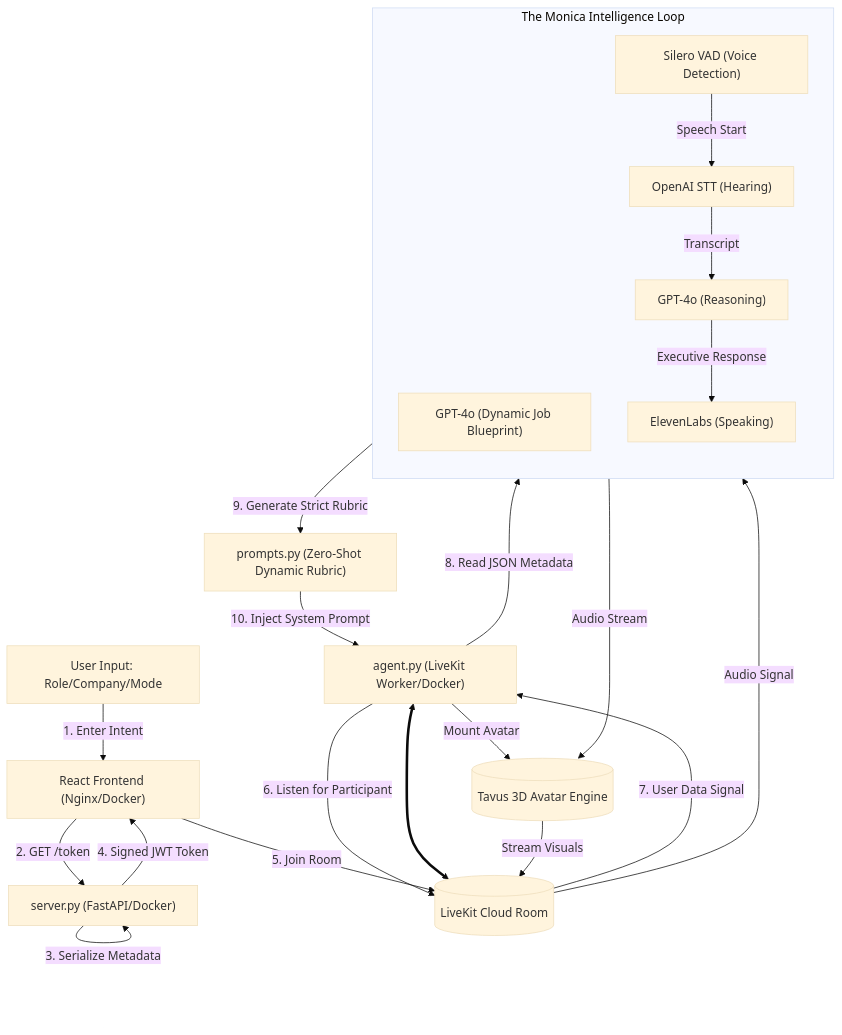
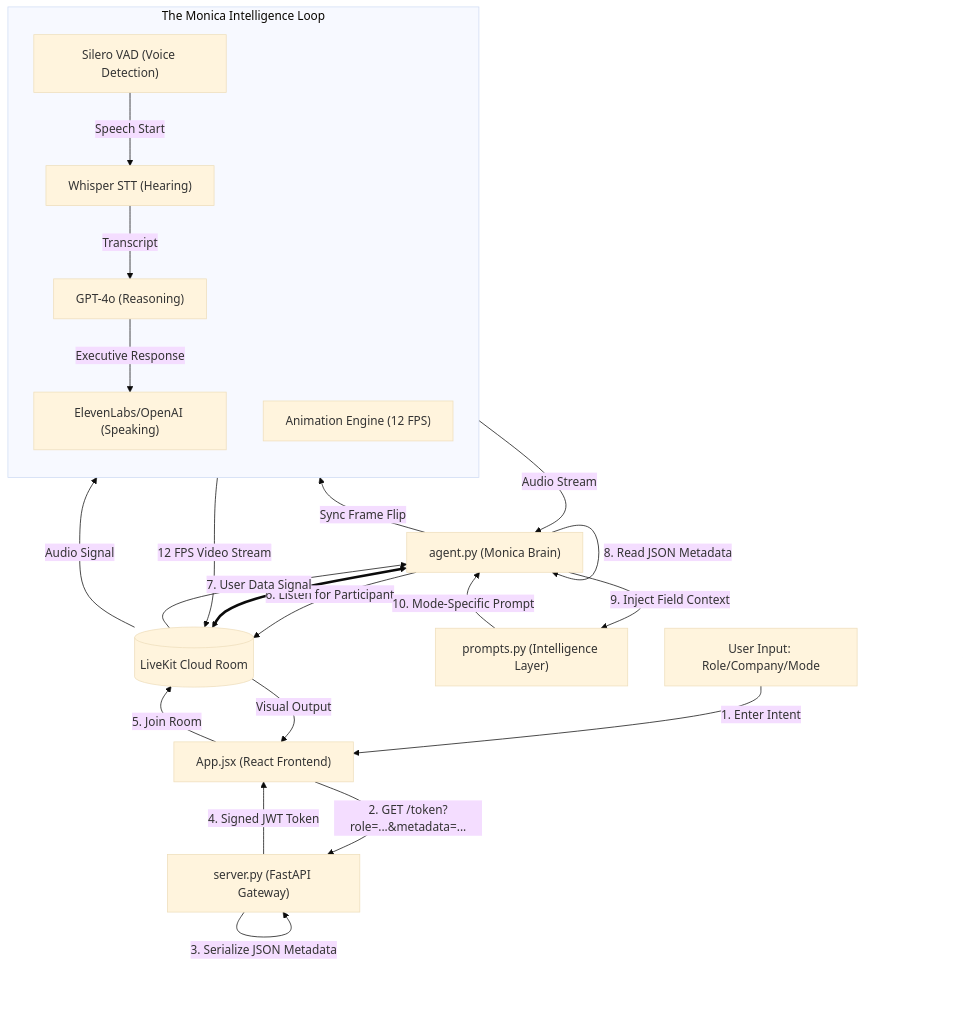
Before and after one commit to Stephen-Agyemang/MoNiCa.Ai: the diagram in ARCHITECTURE.md, drawn with Mermaid (base theme). The commit also changed other lines of this file and 7 other files, not shown here.

Commit message:
polish: premium dark-mode Report screen, InductionOverlay animations, updated docs + blueprint sync

````diff
--- a/ARCHITECTURE.md
+++ b/ARCHITECTURE.md
@@ -7,45 +7,45 @@
 ```mermaid
 flowchart TD
     %% Node Definitions
     UserInput["User Input: Role/Company/Mode"]
-    AppJSX["React Frontend (Nginx/Docker)"]
-    ServerPY["server.py (FastAPI/Docker)"]
-    AgentPY["agent.py (LiveKit Worker/Docker)"]
-    PromptsPY["prompts.py (Zero-Shot Dynamic Rubric)"]
+    AppJSX["App.jsx (React Frontend)"]
+    ServerPY["server.py (FastAPI Gateway)"]
+    AgentPY["agent.py (Monica Brain)"]
+    PromptsPY["prompts.py (Intelligence Layer)"]
     LKCloud[("LiveKit Cloud Room")]
-    TavusCloud[("Tavus 3D Avatar Engine")]
     
     %% Brain Components (Sub-processes)
     subgraph MonicaBrain [The Monica Intelligence Loop]
         direction TB
-        Blueprint["GPT-4o (Dynamic Job Blueprint)"]
         VAD["Silero VAD (Voice Detection)"]
-        STT["OpenAI STT (Hearing)"]
+        STT["Whisper STT (Hearing)"]
         LLM["GPT-4o (Reasoning)"]
-        TTS["ElevenLabs (Speaking)"]
+        TTS["ElevenLabs/OpenAI (Speaking)"]
+        Anim["Animation Engine (12 FPS)"]
     end
 
     %% Connection Logic (Arrows & Labels)
     UserInput -- "1. Enter Intent" --> AppJSX
-    AppJSX -- "2. GET /token" --> ServerPY
-    ServerPY -- "3. Serialize Metadata" --> ServerPY
+    AppJSX -- "2. GET /token?role=...&metadata=..." --> ServerPY
+    ServerPY -- "3. Serialize JSON Metadata" --> ServerPY
     ServerPY -- "4. Signed JWT Token" --> AppJSX
     AppJSX -- "5. Join Room" --> LKCloud
     AgentPY -- "6. Listen for Participant" --> LKCloud
     
     %% The Secret Sauce (Metadata Pipe)
     LKCloud -- "7. User Data Signal" --> AgentPY
-    AgentPY -- "8. Read JSON Metadata" --> Blueprint
-    Blueprint -- "9. Generate Strict Rubric" --> PromptsPY
-    PromptsPY -- "10. Inject System Prompt" --> AgentPY
+    AgentPY -- "8. Read JSON Metadata" --> AgentPY
+    AgentPY -- "9. Inject Field Context" --> PromptsPY
+    PromptsPY -- "10. Mode-Specific Prompt" --> AgentPY
     
     %% The Intercommunication Loop
     AgentPY <==> LKCloud
-    AgentPY -- "Mount Avatar" --> TavusCloud
-    TavusCloud -- "Stream Visuals" --> LKCloud
     LKCloud -- "Audio Signal" --> VAD
     VAD -- "Speech Start" --> STT
     STT -- "Transcript" --> LLM
     LLM -- "Executive Response" --> TTS
-    TTS -- "Audio Stream" --> TavusCloud
+    TTS -- "Audio Stream" --> AgentPY
+    AgentPY -- "Sync Frame Flip" --> Anim
+    Anim -- "12 FPS Video Stream" --> LKCloud
+    LKCloud -- "Visual Output" --> AppJSX
 ```
````
